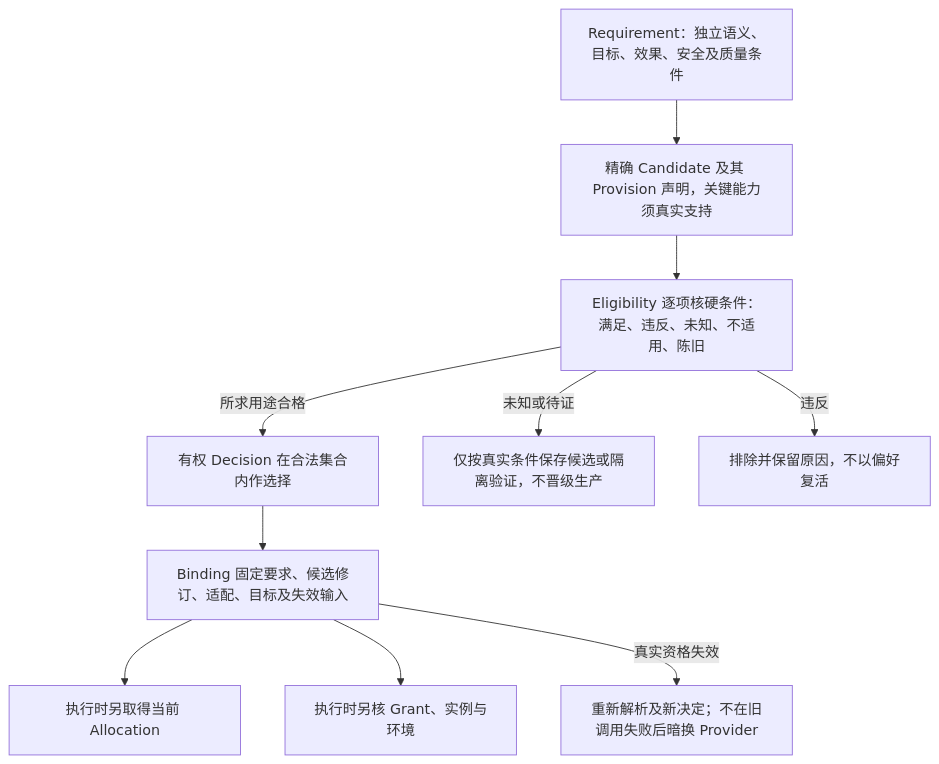
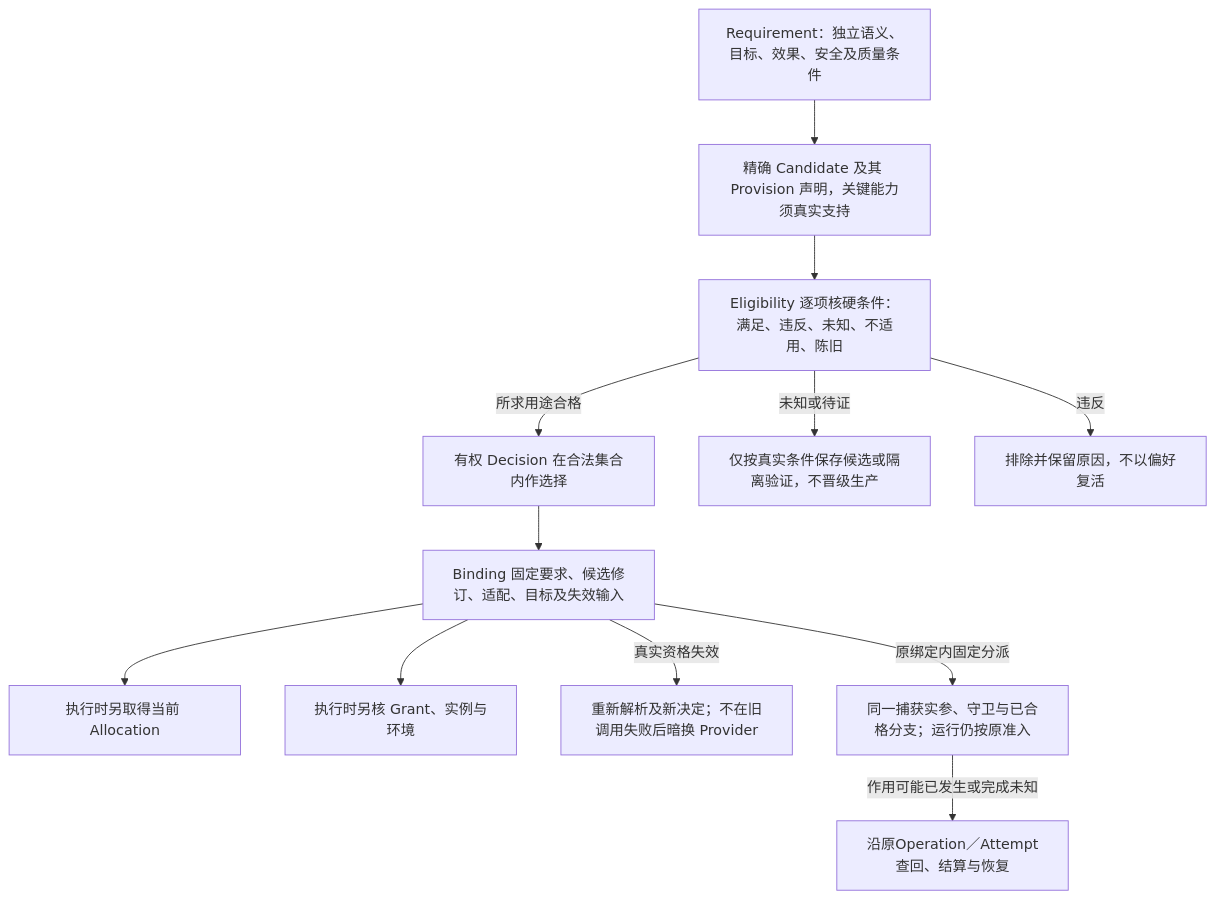
The second of 8 diagrams in docs/编译/表示/需求语义与实现选择.md (sec-platform/sec), drawn with Mermaid before and after one commit. The commit also changed other lines of this file and 33 other files, not shown here.

````diff
--- a/docs/编译/表示/需求语义与实现选择.md
+++ b/docs/编译/表示/需求语义与实现选择.md
@@ -199,12 +199,14 @@
 ```mermaid
 flowchart TD
   requirement["Requirement：独立语义、目标、效果、安全及质量条件"] --> candidate["精确 Candidate 及其 Provision 声明，关键能力须真实支持"]
   candidate --> eligibility["Eligibility 逐项核硬条件：满足、违反、未知、不适用、陈旧"]
   eligibility -->|所求用途合格| decision["有权 Decision 在合法集合内作选择"]
   eligibility -->|未知或待证| experimental["仅按真实条件保存候选或隔离验证，不晋级生产"]
   eligibility -->|违反| rejected["排除并保留原因，不以偏好复活"]
   decision --> binding["Binding 固定要求、候选修订、适配、目标及失效输入"]
   binding --> allocation["执行时另取得当前 Allocation"]
   binding --> grant["执行时另核 Grant、实例与环境"]
   binding -->|真实资格失效| reselect["重新解析及新决定；不在旧调用失败后暗换 Provider"]
+  binding -->|原绑定内固定分派| dispatch["同一捕获实参、守卫与已合格分支；运行仍按原准入"]
+  dispatch -->|作用可能已发生或完成未知| recover["沿原Operation／Attempt查回、结算与恢复"]
 ```
````
